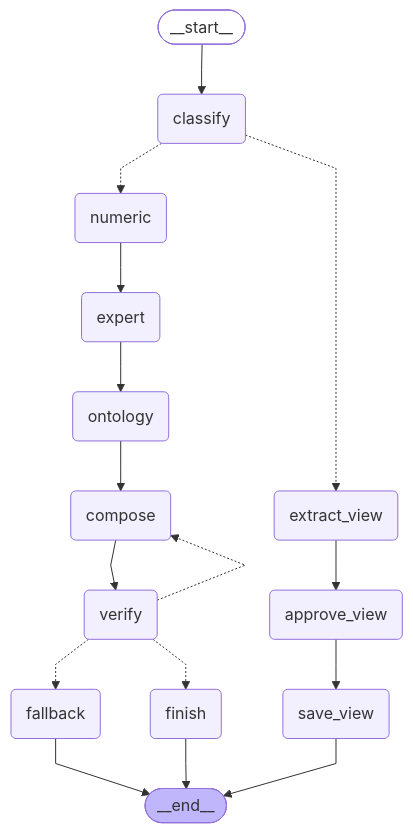
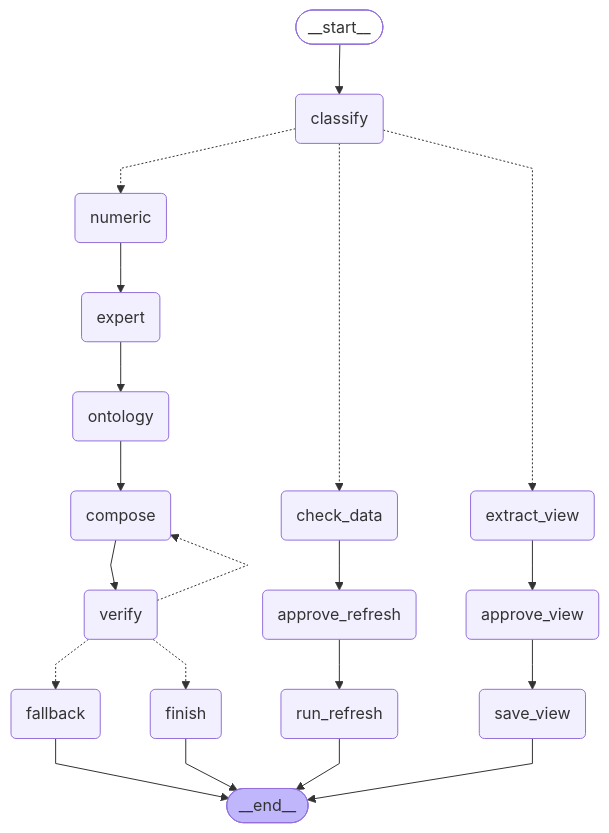
One commit to grainchobo-alt/commodity-analytics-lab changed the diagram in docs/LLM_graph.mmd. Above: the diagram before and after it, drawn with Mermaid. The commit also changed 23 other files, not shown here.

```diff
--- a/docs/LLM_graph.mmd
+++ b/docs/LLM_graph.mmd
@@ -1,37 +1,44 @@
 ---
 config:
   flowchart:
     curve: linear
 ---
 graph TD;
 	__start__([<p>__start__</p>]):::first
 	classify(classify)
 	numeric(numeric)
 	expert(expert)
 	ontology(ontology)
 	compose(compose)
 	verify(verify)
 	finish(finish)
 	fallback(fallback)
 	extract_view(extract_view)
 	approve_view(approve_view)
 	save_view(save_view)
+	check_data(check_data)
+	approve_refresh(approve_refresh)
+	run_refresh(run_refresh)
 	__end__([<p>__end__</p>]):::last
 	__start__ --> classify;
+	approve_refresh --> run_refresh;
 	approve_view --> save_view;
+	check_data --> approve_refresh;
+	classify -.-> check_data;
 	classify -.-> extract_view;
 	classify -.-> numeric;
 	compose --> verify;
 	expert --> ontology;
 	extract_view --> approve_view;
 	numeric --> expert;
 	ontology --> compose;
 	verify -.-> compose;
 	verify -.-> fallback;
 	verify -.-> finish;
 	fallback --> __end__;
 	finish --> __end__;
+	run_refresh --> __end__;
 	save_view --> __end__;
 	classDef default fill:#f2f0ff,line-height:1.2
 	classDef first fill-opacity:0
 	classDef last fill:#bfb6fc
```
